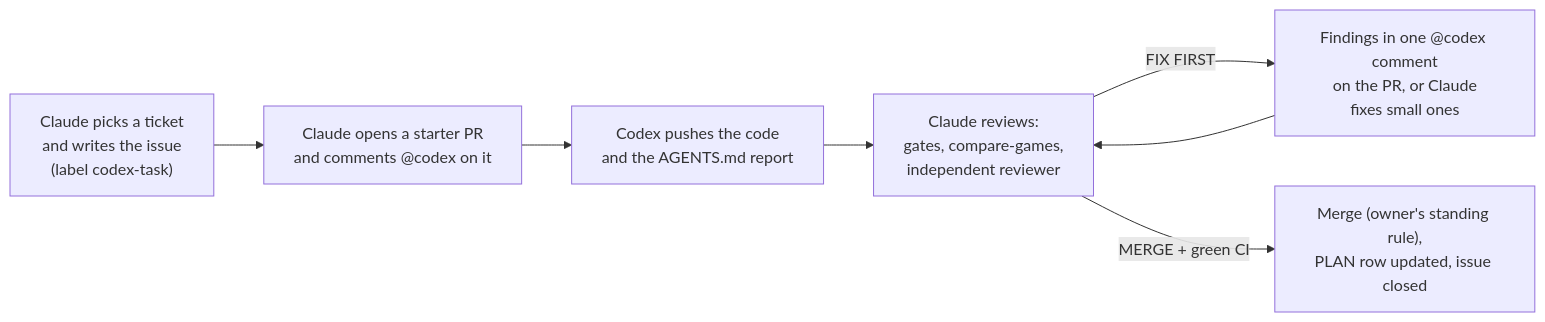
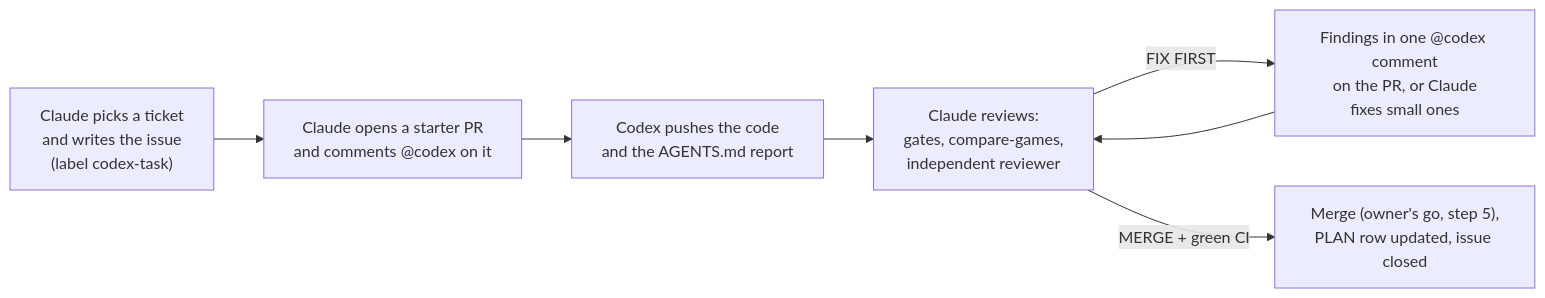
Before and after one commit to Fr3nchyz/3reich: the diagram in docs/CODEX.md, drawn with Mermaid. The commit also changed other lines of this file and 2 other files, not shown here.

First line of the commit message:
Codex docs: reviewer fixes (the owner's merge go stated and cited, the template's report place matches AGENTS.md, plan figures and the @codex claim cited, starter PR title)

````diff
--- a/docs/CODEX.md
+++ b/docs/CODEX.md
@@ -7,9 +7,9 @@
 ```mermaid
 flowchart LR
   A["Claude picks a ticket<br/>and writes the issue<br/>(label codex-task)"] --> B["Claude opens a starter PR<br/>and comments @codex on it"]
   B --> C["Codex pushes the code<br/>and the AGENTS.md report"]
   C --> D["Claude reviews:<br/>gates, compare-games,<br/>independent reviewer"]
   D -->|FIX FIRST| E["Findings in one @codex comment<br/>on the PR, or Claude<br/>fixes small ones"]
   E --> D
-  D -->|MERGE + green CI| F["Merge (owner's standing rule),<br/>PLAN row updated, issue closed"]
+  D -->|MERGE + green CI| F["Merge (owner's go, step 5),<br/>PLAN row updated, issue closed"]
 ```
````
